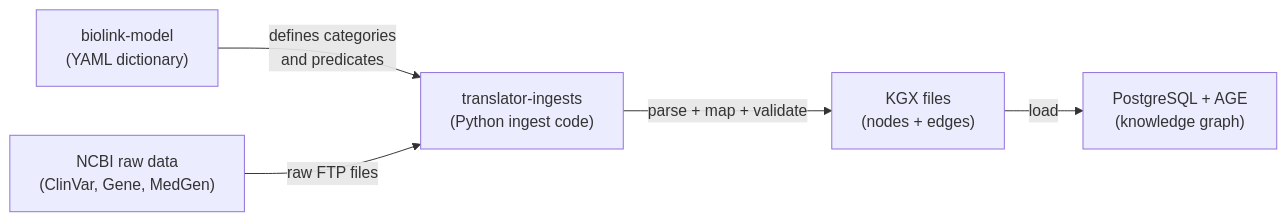
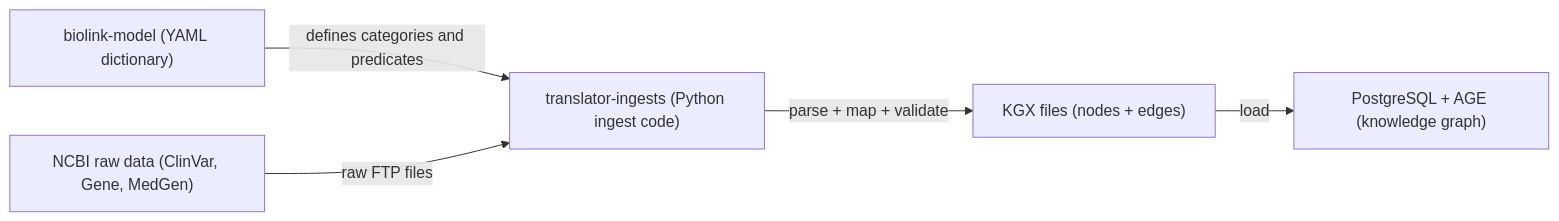
One commit to monideep2255/agentic-search-ui changed the diagram in docs/architecture/Biolink_repos_explained.md. Above: the diagram before and after it, drawn with Mermaid. The commit also changed other lines of this file and 22 other files, not shown here.

First line of the commit message:
Phase 4.0 checkpoint: VPS + Postgres + AGE + KGX rsync done, validate running

````diff
--- a/docs/architecture/Biolink_repos_explained.md
+++ b/docs/architecture/Biolink_repos_explained.md
@@ -17,13 +17,13 @@
 ```mermaid
 flowchart LR
-    BM["biolink-model\n(YAML dictionary)"]
-    TI["translator-ingests\n(Python ingest code)"]
-    KGX["KGX files\n(nodes + edges)"]
-    NCBI["NCBI raw data\n(ClinVar, Gene, MedGen)"]
-    AGE["PostgreSQL + AGE\n(knowledge graph)"]
+    BM["biolink-model (YAML dictionary)"]
+    TI["translator-ingests (Python ingest code)"]
+    KGX["KGX files (nodes + edges)"]
+    NCBI["NCBI raw data (ClinVar, Gene, MedGen)"]
+    AGE["PostgreSQL + AGE (knowledge graph)"]
 
-    BM -- "defines categories\nand predicates" --> TI
+    BM -- "defines categories and predicates" --> TI
     NCBI -- "raw FTP files" --> TI
     TI -- "parse + map + validate" --> KGX
     KGX -- "load" --> AGE
 ```
````
